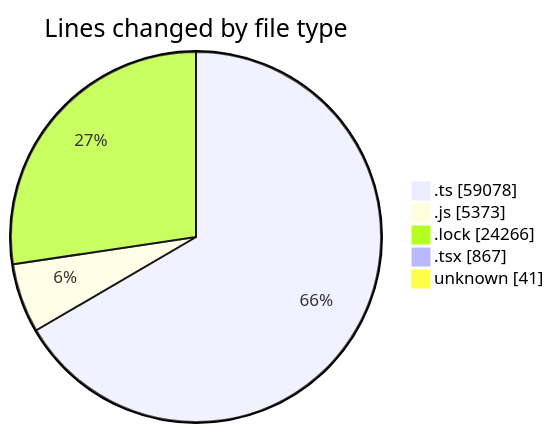
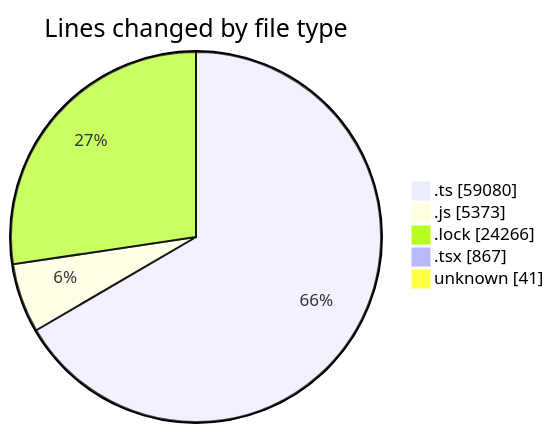
One commit to momahboobian/code-tracking changed the first of 2 diagrams in 2025-08-14/cda/README.md. Above: the diagram before and after it, drawn with Mermaid. The commit also changed other lines of this file and 1 other file, not shown here.

````diff
--- a/2025-08-14/cda/README.md
+++ b/2025-08-14/cda/README.md
@@ -38,9 +38,9 @@
 ```mermaid
 pie showData
 title Lines changed by file type
-".ts" : 59078
+".ts" : 59080
 ".js" : 5373
 ".lock" : 24266
 ".tsx" : 867
 "unknown" : 41
 ```
````
